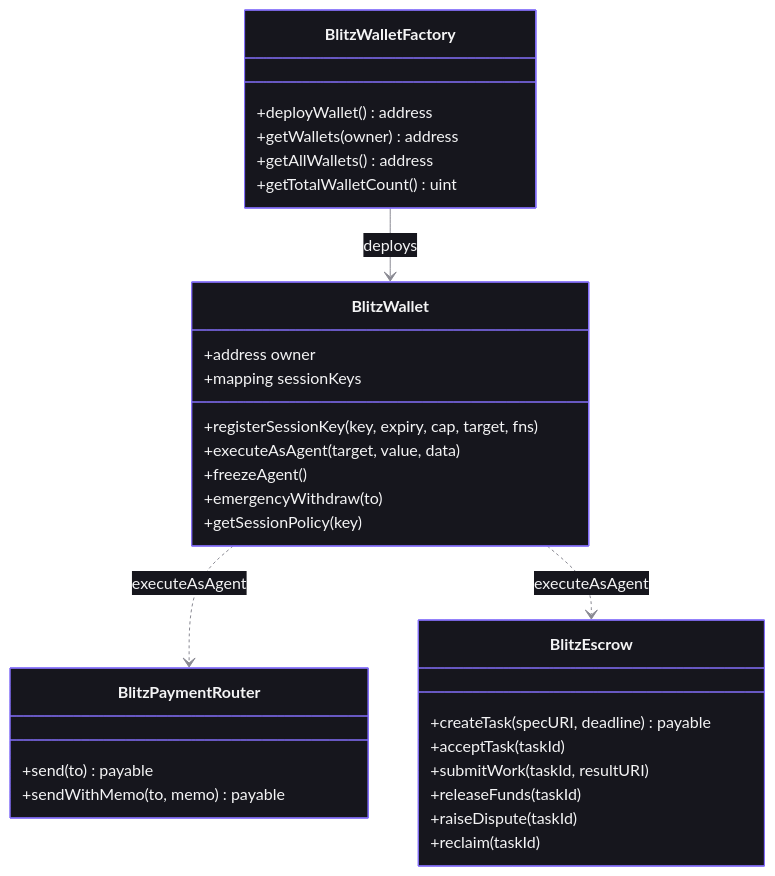
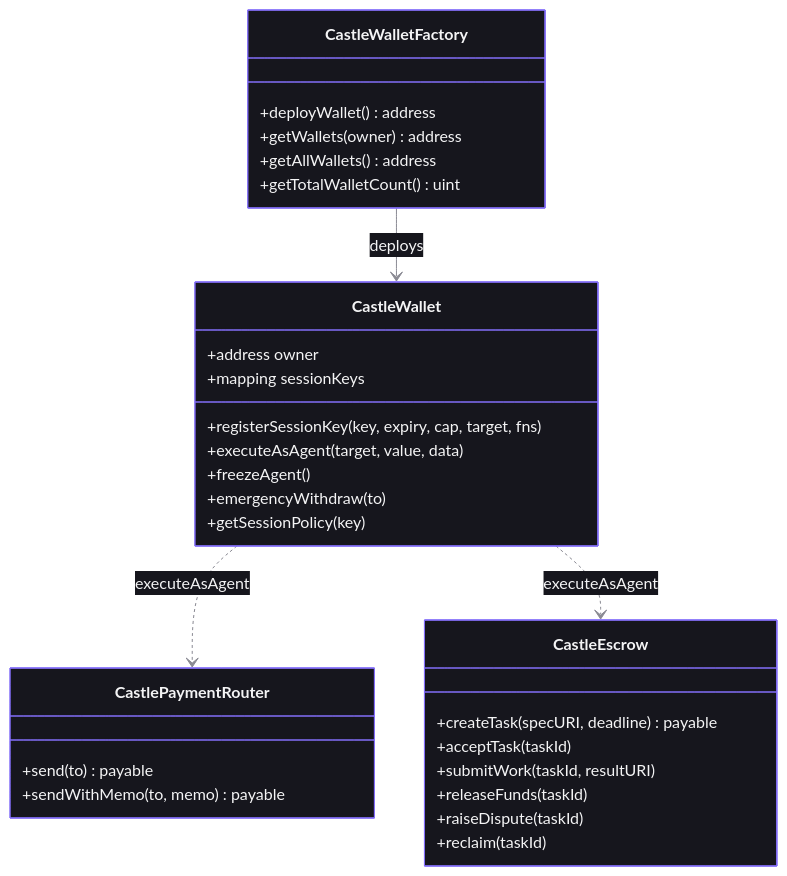
The fourth of 10 diagrams in README.md (algosavant3010/castle), drawn with Mermaid before and after one commit. The commit also changed other lines of this file and 68 other files, not shown here.

````diff
--- a/README.md
+++ b/README.md
@@ -249,34 +249,34 @@
 ```mermaid
 %%{init: {"theme":"base","themeVariables":{"primaryColor":"#16161D","primaryTextColor":"#F4F4F5","primaryBorderColor":"#836EF9","lineColor":"#8A8A93"}}}%%
 classDiagram
-    class BlitzWalletFactory {
+    class CastleWalletFactory {
         +deployWallet() address
         +getWallets(owner) address
         +getAllWallets() address
         +getTotalWalletCount() uint
     }
-    class BlitzWallet {
+    class CastleWallet {
         +address owner
         +mapping sessionKeys
         +registerSessionKey(key, expiry, cap, target, fns)
         +executeAsAgent(target, value, data)
         +freezeAgent()
         +emergencyWithdraw(to)
         +getSessionPolicy(key)
     }
-    class BlitzEscrow {
+    class CastleEscrow {
         +createTask(specURI, deadline) payable
         +acceptTask(taskId)
         +submitWork(taskId, resultURI)
         +releaseFunds(taskId)
         +raiseDispute(taskId)
         +reclaim(taskId)
     }
-    class BlitzPaymentRouter {
+    class CastlePaymentRouter {
         +send(to) payable
         +sendWithMemo(to, memo) payable
     }
-    BlitzWalletFactory --> BlitzWallet : deploys
-    BlitzWallet ..> BlitzPaymentRouter : executeAsAgent
-    BlitzWallet ..> BlitzEscrow : executeAsAgent
+    CastleWalletFactory --> CastleWallet : deploys
+    CastleWallet ..> CastlePaymentRouter : executeAsAgent
+    CastleWallet ..> CastleEscrow : executeAsAgent
 ```
````
